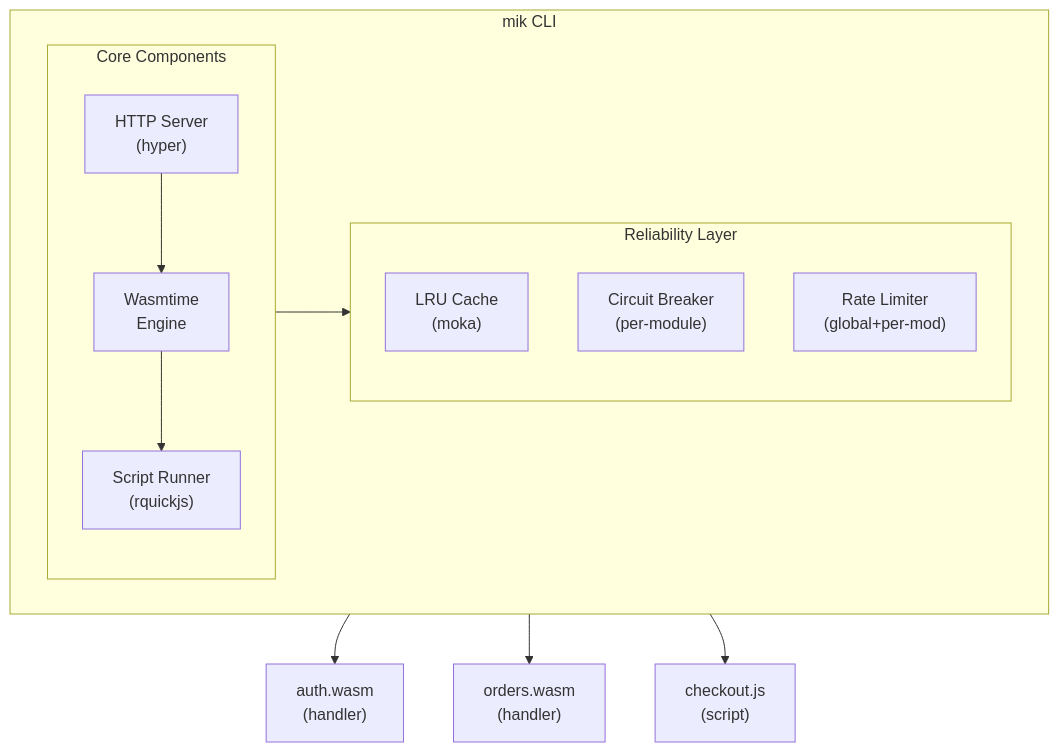
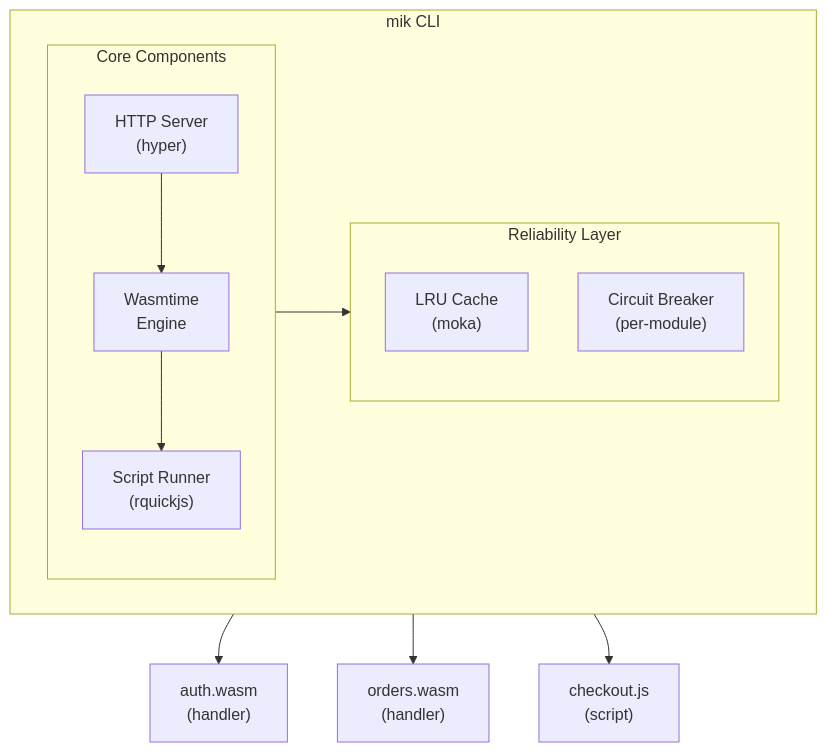
The first of 5 diagrams in docs/src/content/docs/reference/architecture.mdx (dufeutech/mik), drawn with Mermaid before and after one commit. The commit also changed other lines of this file and 12 other files, not shown here.

````diff
--- a/docs/src/content/docs/reference/architecture.mdx
+++ b/docs/src/content/docs/reference/architecture.mdx
@@ -10,24 +10,23 @@
 ```mermaid
 flowchart TB
     subgraph CLI["mik CLI"]
         subgraph Core["Core Components"]
             HTTP["HTTP Server<br/>(hyper)"]
             Wasmtime["Wasmtime<br/>Engine"]
             Scripts["Script Runner<br/>(rquickjs)"]
         end
 
         subgraph Reliability["Reliability Layer"]
             Cache["LRU Cache<br/>(moka)"]
             CB["Circuit Breaker<br/>(per-module)"]
-            RL["Rate Limiter<br/>(global+per-mod)"]
         end
 
         HTTP --> Wasmtime
         Wasmtime --> Scripts
         Core --> Reliability
     end
 
     CLI --> Auth["auth.wasm<br/>(handler)"]
     CLI --> Orders["orders.wasm<br/>(handler)"]
     CLI --> Checkout["checkout.js<br/>(script)"]
 ```
````
